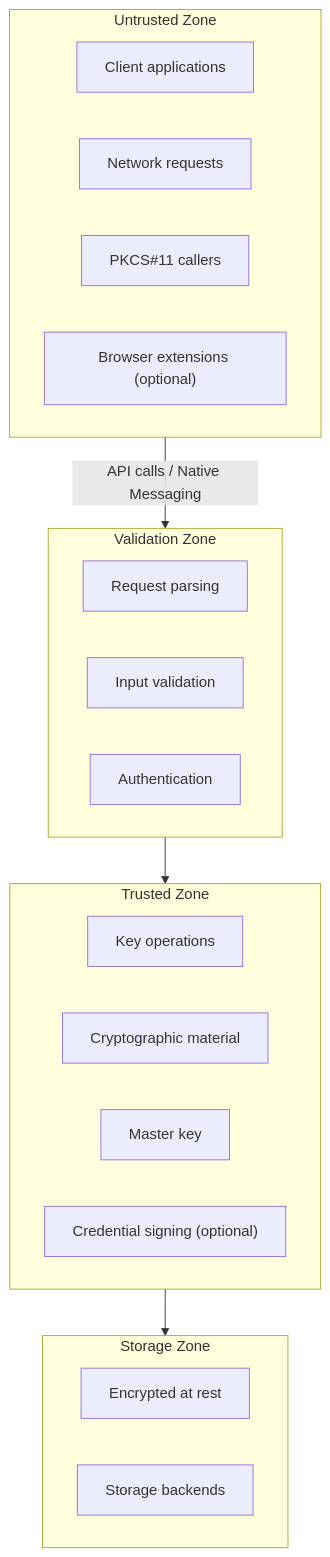
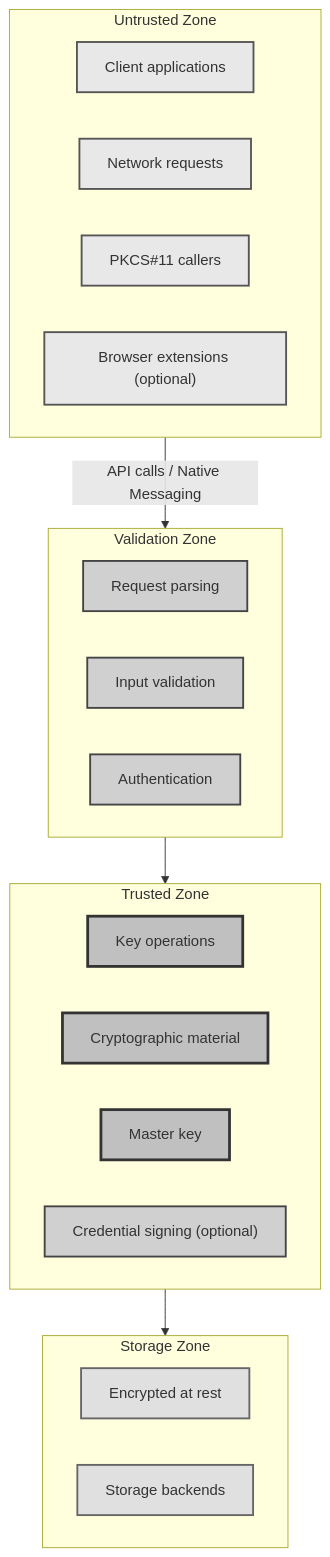
Before and after one commit to ehanoc/softKMS: the fourth of 4 diagrams in docs/ARCHITECTURE.md, drawn with Mermaid. The commit also changed other lines of this file and 3 other files, not shown here.

First line of the commit message:
docs: Standardize all Mermaid diagrams with muted grayscale colors

````diff
--- a/docs/ARCHITECTURE.md
+++ b/docs/ARCHITECTURE.md
@@ -339,31 +343,45 @@
 ```mermaid
 flowchart TB
     subgraph Untrusted["Untrusted Zone"]
         U1["Client applications"]
         U2["Network requests"]
         U3["PKCS#11 callers"]
         U4["Browser extensions (optional)"]
     end
 
     subgraph Validation["Validation Zone"]
         V1["Request parsing"]
         V2["Input validation"]
         V3["Authentication"]
     end
 
     subgraph Trusted["Trusted Zone"]
         T1["Key operations"]
         T2["Cryptographic material"]
         T3["Master key"]
         T4["Credential signing (optional)"]
     end
 
     subgraph Storage["Storage Zone"]
         S1["Encrypted at rest"]
         S2["Storage backends"]
     end
 
-    Untrusted --"API calls / Native Messaging"--> Validation
+    Untrusted -->|"API calls / Native Messaging"| Validation
     Validation --> Trusted
     Trusted --> Storage
+
+    style U1 fill:#e8e8e8,stroke:#555,stroke-width:2px
+    style U2 fill:#e8e8e8,stroke:#555,stroke-width:2px
+    style U3 fill:#e8e8e8,stroke:#555,stroke-width:2px
+    style U4 fill:#e8e8e8,stroke:#555,stroke-width:2px
+    style V1 fill:#d0d0d0,stroke:#444,stroke-width:2px
+    style V2 fill:#d0d0d0,stroke:#444,stroke-width:2px
+    style V3 fill:#d0d0d0,stroke:#444,stroke-width:2px
+    style T1 fill:#c0c0c0,stroke:#333,stroke-width:3px
+    style T2 fill:#c0c0c0,stroke:#333,stroke-width:3px
+    style T3 fill:#c0c0c0,stroke:#333,stroke-width:3px
+    style T4 fill:#d0d0d0,stroke:#444,stroke-width:2px
+    style S1 fill:#e0e0e0,stroke:#666,stroke-width:2px
+    style S2 fill:#e0e0e0,stroke:#666,stroke-width:2px
 ```
````
